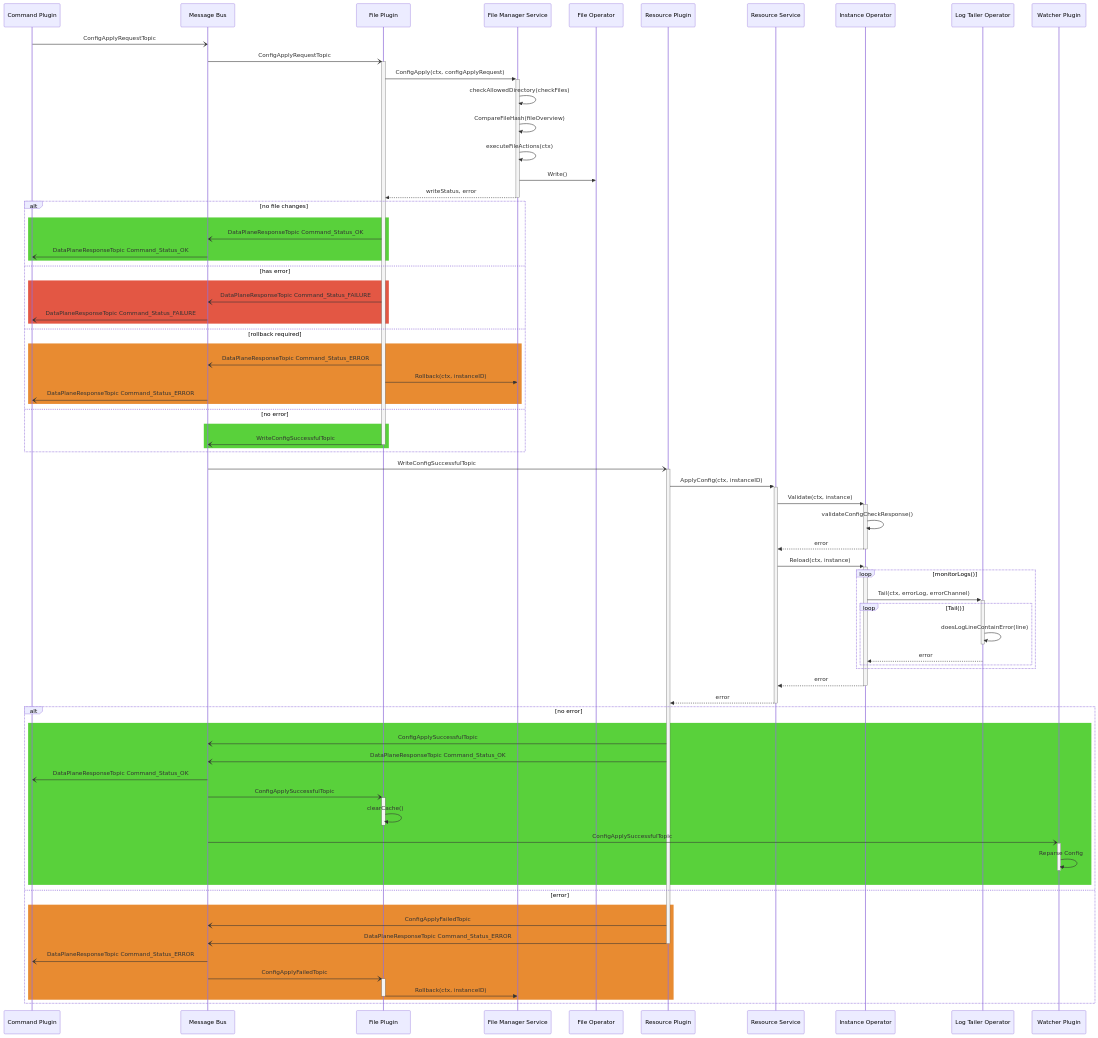
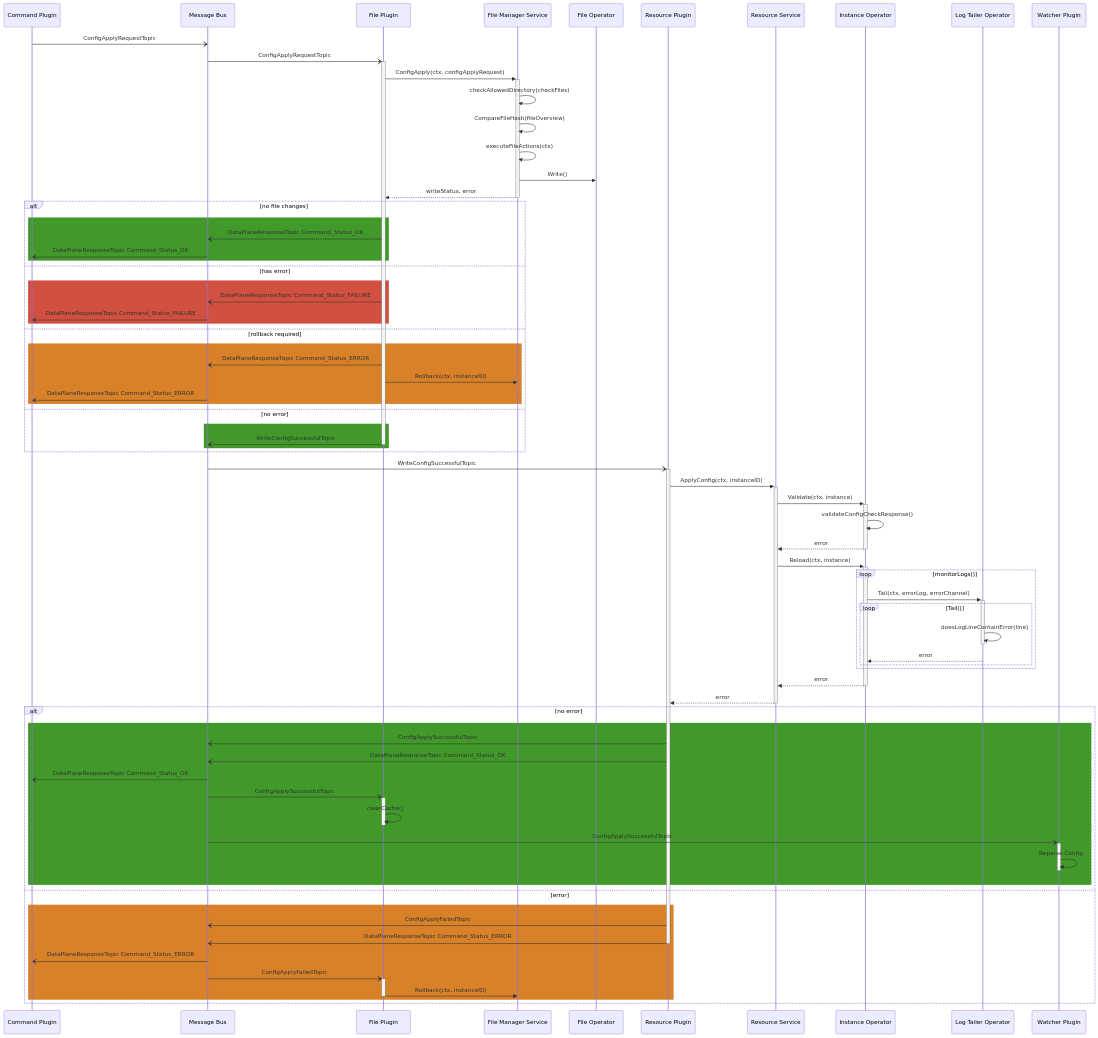
One commit to nginx/agent changed the second of 2 diagrams in docs/architecture/config_apply.md. Above: the diagram before and after it, drawn with Mermaid.

````diff
--- a/docs/architecture/config_apply.md
+++ b/docs/architecture/config_apply.md
@@ -41,71 +41,71 @@
 ```mermaid
 sequenceDiagram
   Command Plugin-)Message Bus: ConfigApplyRequestTopic
   Message Bus-)+File Plugin: ConfigApplyRequestTopic
   File Plugin->>+File Manager Service: ConfigApply(ctx, configApplyRequest)
   File Manager Service->>File Manager Service: checkAllowedDirectory(checkFiles)
 %%   this is in file helpers should I show that ?
   File Manager Service->>File Manager Service: CompareFileHash(fileOverview)
 %%   Not sure about the write operation here ?????
   File Manager Service->>File Manager Service: executeFileActions(ctx)
   File Manager Service->>File Operator: Write()
 %% should this also have the write status ?
   File Manager Service-->>-File Plugin: writeStatus, error
   
     alt no file changes
-    rect rgb(89, 209, 59)
+    rect rgb(65, 153, 42)
         File Plugin-)Message Bus: DataPlaneResponseTopic Command_Status_OK
         Message Bus-) Command Plugin: DataPlaneResponseTopic Command_Status_OK
     end
     else has error
-    rect rgb(227, 87, 68)
+    rect rgb(209, 80, 63)
         File Plugin-)Message Bus: DataPlaneResponseTopic Command_Status_FAILURE
         Message Bus-) Command Plugin: DataPlaneResponseTopic Command_Status_FAILURE
         end
     else rollback required
-    rect rgb(232, 139, 49)
+    rect rgb(217, 129, 41)
     %% Dunno if this should be here... rollback is a seperate diagram 
         File Plugin-)Message Bus: DataPlaneResponseTopic Command_Status_ERROR
         File Plugin->>File Manager Service: Rollback(ctx, instanceID)
         Message Bus-) Command Plugin: DataPlaneResponseTopic Command_Status_ERROR
         end
     else no error
-    rect rgb(89, 209, 59)
+    rect rgb(65, 153, 42)
         File Plugin-)-Message Bus: WriteConfigSuccessfulTopic
     end
     end 
 Message Bus-)+Resource Plugin: WriteConfigSuccessfulTopic
 Resource Plugin ->>+Resource Service: ApplyConfig(ctx, instanceID)
 Resource Service->>+Instance Operator: Validate(ctx, instance)
 Instance Operator->>Instance Operator: validateConfigCheckResponse()
 Instance Operator-->>-Resource Service: error
 Resource Service->>+Instance Operator: Reload(ctx, instance)
 loop monitorLogs()
     Instance Operator->>+Log Tailer Operator: Tail(ctx, errorLog, errorChannel)
     loop Tail()
     Log Tailer Operator->>-Log Tailer Operator: doesLogLineContainError(line)
     Log Tailer Operator-->>Instance Operator: error
 end 
 end 
 Instance Operator-->>-Resource Service: error
 Resource Service-->>-Resource Plugin: error
 alt no error
-rect rgb(89, 209, 59)
+rect rgb(65, 153, 42)
     Resource Plugin-)Message Bus: ConfigApplySuccessfulTopic
     Resource Plugin-)Message Bus: DataPlaneResponseTopic Command_Status_OK
     Message Bus-) Command Plugin: DataPlaneResponseTopic Command_Status_OK
     Message Bus -)+File Plugin: ConfigApplySuccessfulTopic
     File Plugin ->>-File Plugin: clearCache()
     Message Bus -)+Watcher Plugin: ConfigApplySuccessfulTopic
     Watcher Plugin ->>-Watcher Plugin: Reparse Config
     end
     else error
-    rect rgb(232, 139, 49)
+    rect rgb(217, 129, 41)
     Resource Plugin-)Message Bus: ConfigApplyFailedTopic
     Resource Plugin-)-Message Bus: DataPlaneResponseTopic Command_Status_ERROR
     Message Bus-) Command Plugin: DataPlaneResponseTopic Command_Status_ERROR
     Message Bus-)+File Plugin: ConfigApplyFailedTopic
     File Plugin->>-File Manager Service: Rollback(ctx, instanceID)
     end
 end
 ```
````
